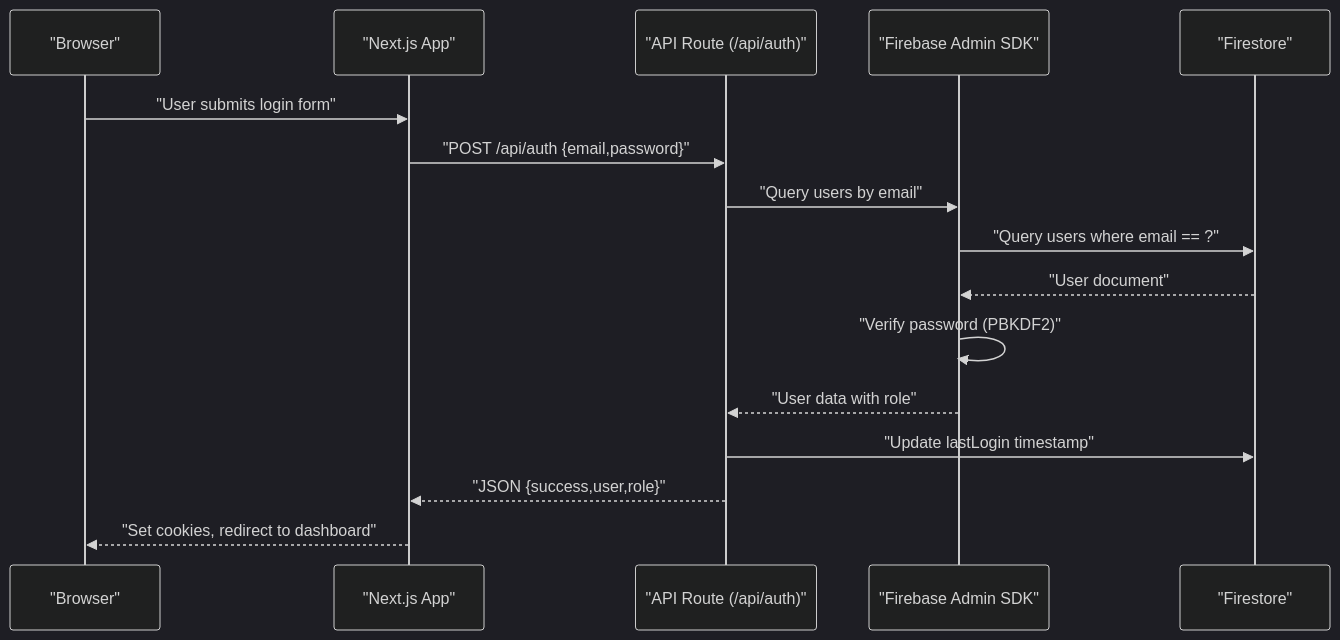
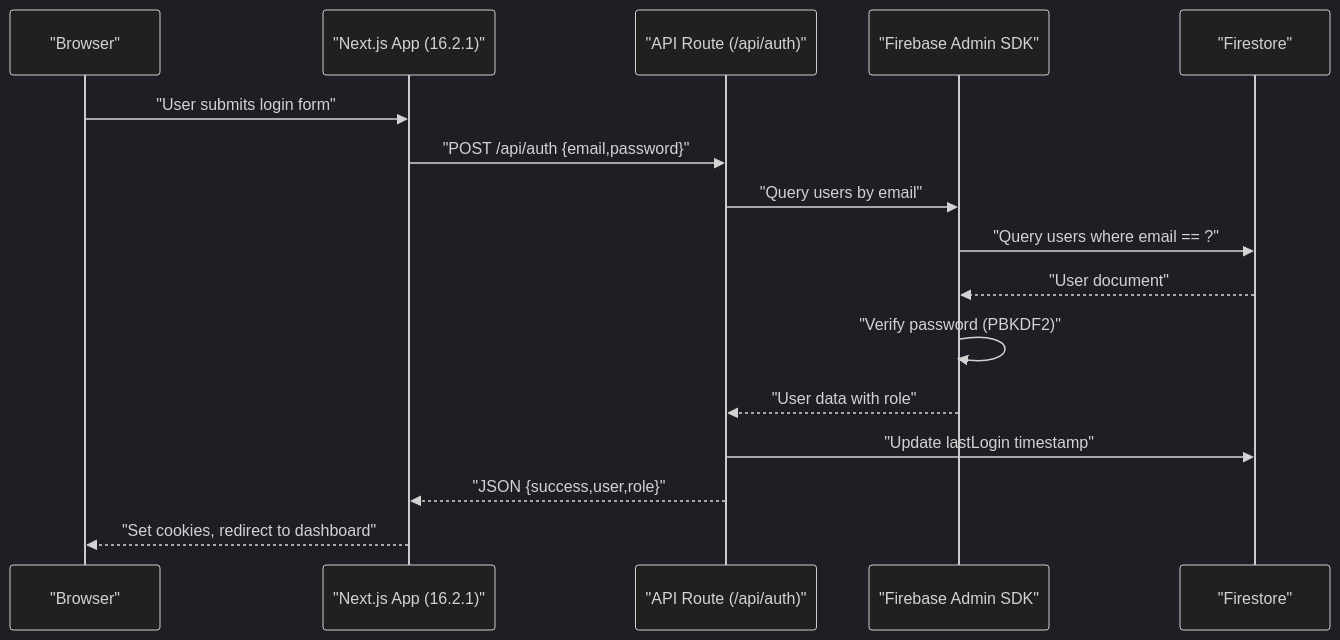
The second of 8 diagrams in .qoder/repowiki/en/content/Project Overview/Technology Stack.md (Unsure-bry/sampacoop_system), drawn with Mermaid (dark theme) before and after one commit. The commit also changed other lines of this file and 12 other files, not shown here.

````diff
--- a/.qoder/repowiki/en/content/Project Overview/Technology Stack.md
+++ b/.qoder/repowiki/en/content/Project Overview/Technology Stack.md
@@ -126,18 +142,18 @@
 ```mermaid
 sequenceDiagram
 participant Browser as "Browser"
-participant Next as "Next.js App"
+participant Next as "Next.js App (16.2.1)"
 participant API as "API Route (/api/auth)"
 participant Admin as "Firebase Admin SDK"
 participant DB as "Firestore"
 Browser->>Next : "User submits login form"
 Next->>API : "POST /api/auth {email,password}"
 API->>Admin : "Query users by email"
 Admin->>DB : "Query users where email == ?"
 DB-->>Admin : "User document"
 Admin->>Admin : "Verify password (PBKDF2)"
 Admin-->>API : "User data with role"
 API->>DB : "Update lastLogin timestamp"
 API-->>Next : "JSON {success,user,role}"
 Next-->>Browser : "Set cookies, redirect to dashboard"
 ```
````
